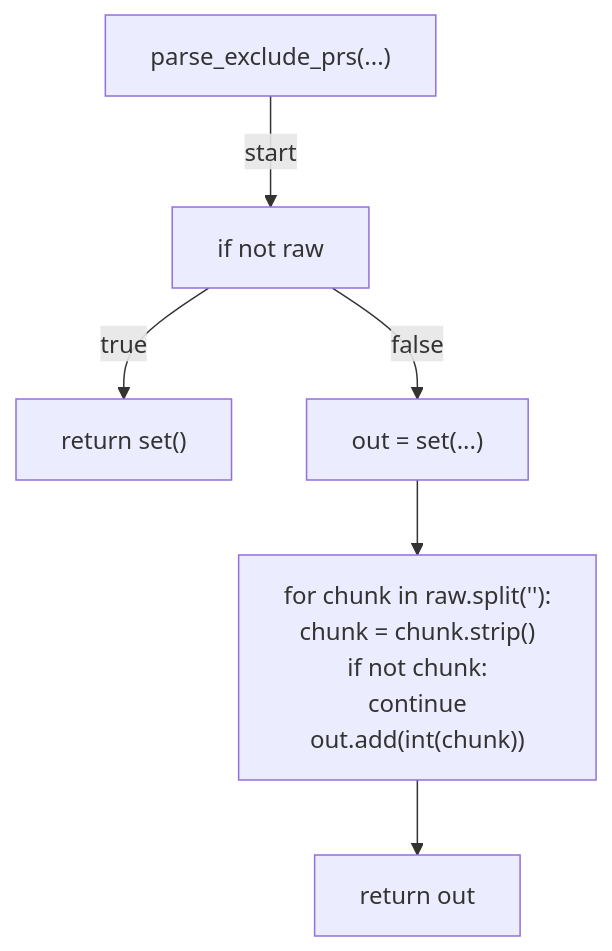
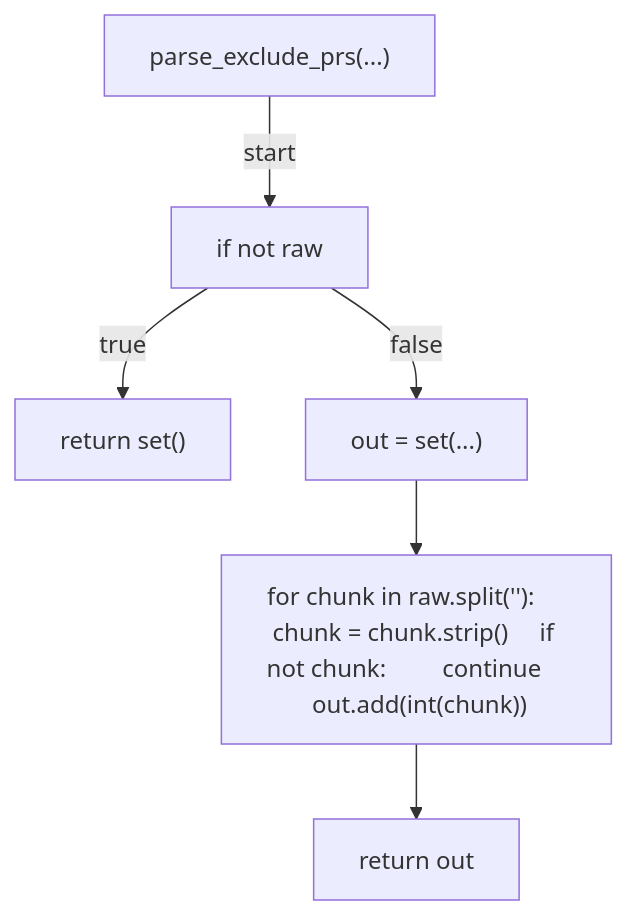
Before and after one commit to tvna/claude-md: the eighth of 19 diagrams in docs/generated/scripts/ast/sanitize_history.md, drawn with Mermaid. The commit also changed other lines of this file and 29 other files, not shown here.

First line of the commit message:
docs(generated): regenerate decision tree and workflow diagrams (batch 3/5)

````diff
--- a/docs/generated/scripts/ast/sanitize_history.md
+++ b/docs/generated/scripts/ast/sanitize_history.md
@@ -137,18 +127,14 @@
 ```mermaid
 flowchart TD
     N001["parse_exclude_prs(...)"]
     N002["if not raw"]
     N003["return set()"]
     N004["out = set(...)"]
-    N005["for chunk in raw.split('<str>'):
-    chunk = chunk.strip()
-    if not chunk:
-        continue
-    out.add(int(chunk))"]
+    N005["for chunk in raw.split('<str>'):     chunk = chunk.strip()     if not chunk:         continue     out.add(int(chunk))"]
     N006["return out"]
     N001 -->|"start"| N002
     N002 -->|"true"| N003
     N002 -->|"false"| N004
     N004 --> N005
     N005 --> N006
 ```
````
